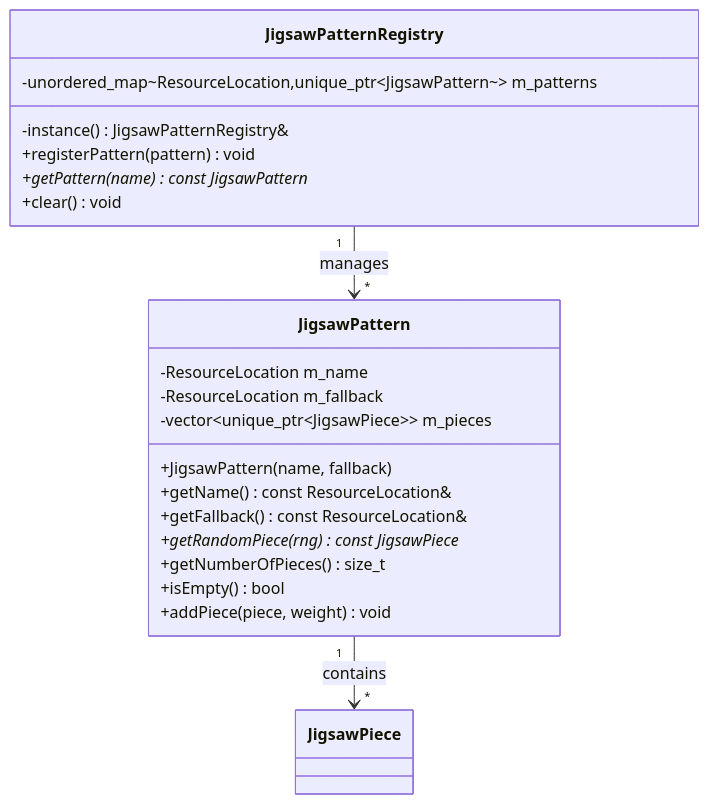
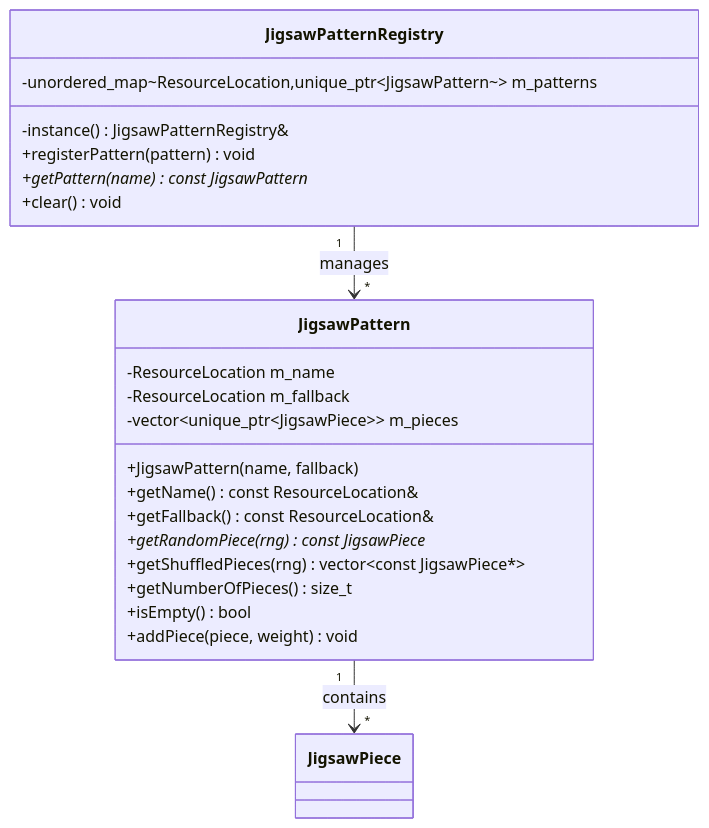
One commit to g122622/Cubium changed the second of 7 diagrams in src/common/world/gen/jigsaw/README.md. Above: the diagram before and after it, drawn with Mermaid. The commit also changed other lines of this file and 11 other files, not shown here.

````diff
--- a/src/common/world/gen/jigsaw/README.md
+++ b/src/common/world/gen/jigsaw/README.md
@@ -202,26 +202,27 @@
 ```mermaid
 classDiagram
     class JigsawPattern {
         -ResourceLocation m_name
         -ResourceLocation m_fallback
         -vector~unique_ptr~JigsawPiece~~ m_pieces
         +JigsawPattern(name, fallback)
         +getName() const ResourceLocation&
         +getFallback() const ResourceLocation&
         +getRandomPiece(rng) const JigsawPiece*
+        +getShuffledPieces(rng) vector~const JigsawPiece*~
         +getNumberOfPieces() size_t
         +isEmpty() bool
         +addPiece(piece, weight) void
     }
 
     class JigsawPatternRegistry {
         -unordered_map~ResourceLocation,unique_ptr~JigsawPattern~~ m_patterns
         -instance() JigsawPatternRegistry&
         +registerPattern(pattern) void
         +getPattern(name) const JigsawPattern*
         +clear() void
     }
 
     JigsawPatternRegistry "1" --> "*" JigsawPattern : manages
     JigsawPattern "1" --> "*" JigsawPiece : contains
 ```
````
